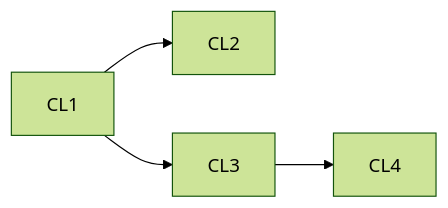
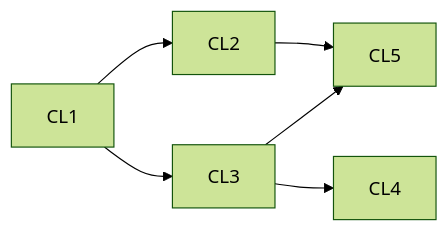
The tenth of 10 diagrams in docs/superpowers/plans/2026-10-13-phase-2/dependencies.md (jhoblitt/rgw-go), drawn with Mermaid (forest theme) before and after one commit. The commit also changed other lines of this file, not shown here.

First line of the commit message:
docs(plan): regenerate the dependency graph

````diff
--- a/docs/superpowers/plans/2026-10-13-phase-2/dependencies.md
+++ b/docs/superpowers/plans/2026-10-13-phase-2/dependencies.md
@@ -906,14 +918,18 @@
 ```mermaid
 flowchart LR
   t_CL1["CL1"]
   t_CL2["CL2"]
   t_CL3["CL3"]
   t_CL4["CL4"]
+  t_CL5["CL5"]
   t_CL1 --> t_CL2
   t_CL1 --> t_CL3
   t_CL3 --> t_CL4
+  t_CL2 --> t_CL5
+  t_CL3 --> t_CL5
   click t_CL1 href "https://github.com/jhoblitt/rgw-go/blob/main/docs/superpowers/plans/2026-10-13-phase-2/CL-citation-links.md#task-cl1-hackcitecheck-links-are-the-only-citation-form" "CL1: hack/citecheck, links are the only citation form"
   click t_CL2 href "https://github.com/jhoblitt/rgw-go/blob/main/docs/superpowers/plans/2026-10-13-phase-2/CL-citation-links.md#task-cl2-the-markdown-sweep" "CL2: the Markdown sweep"
   click t_CL3 href "https://github.com/jhoblitt/rgw-go/blob/main/docs/superpowers/plans/2026-10-13-phase-2/CL-citation-links.md#task-cl3-hackcitecheck-ceph-citations-in-go-comments" "CL3: hack/citecheck, Ceph citations in Go comments"
   click t_CL4 href "https://github.com/jhoblitt/rgw-go/blob/main/docs/superpowers/plans/2026-10-13-phase-2/CL-citation-links.md#task-cl4-the-go-comment-sweep" "CL4: the Go-comment sweep"
+  click t_CL5 href "https://github.com/jhoblitt/rgw-go/blob/main/docs/superpowers/plans/2026-10-13-phase-2/CL-citation-links.md#task-cl5-hackcitecheck-plain-ceph-citations-in-markdown" "CL5: hack/citecheck, plain Ceph citations in Markdown"
 ```
````
